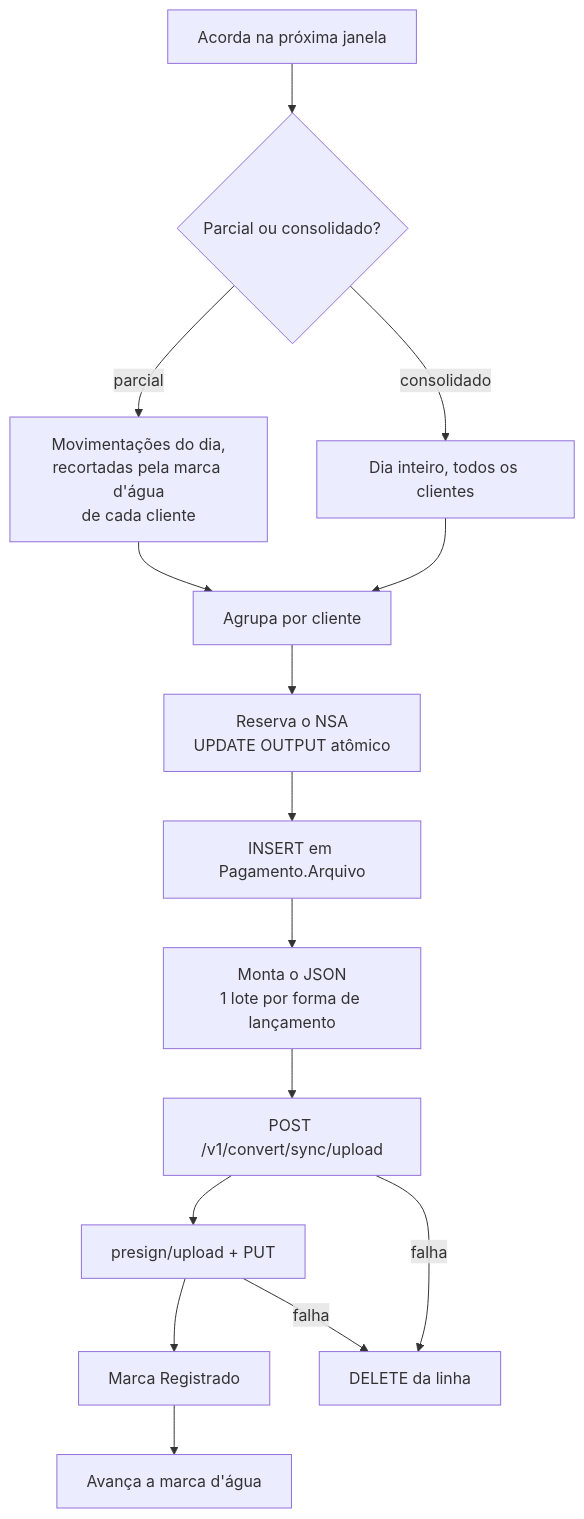
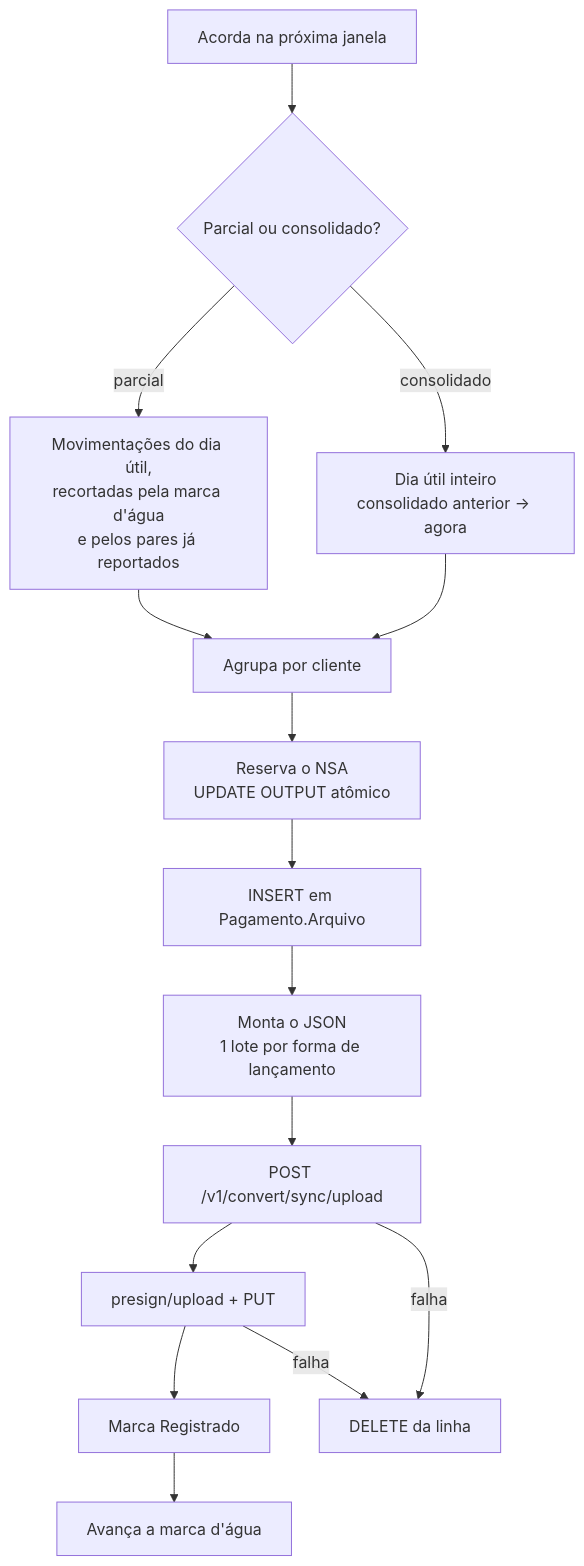
Before and after one commit to danielbfr3/arquivo-retorno-worker: the second of 2 diagrams in docs/regras-de-negocio.md, drawn with Mermaid. The commit also changed other lines of this file and 36 other files, not shown here.

````diff
--- a/docs/regras-de-negocio.md
+++ b/docs/regras-de-negocio.md
@@ -66,17 +70,17 @@
 ```mermaid
 flowchart TD
     A[Acorda na próxima janela] --> B{Parcial ou consolidado?}
-    B -- parcial --> C[Movimentações do dia,<br/>recortadas pela marca d'água<br/>de cada cliente]
-    B -- consolidado --> D[Dia inteiro, todos os clientes]
+    B -- parcial --> C[Movimentações do dia útil,<br/>recortadas pela marca d'água<br/>e pelos pares já reportados]
+    B -- consolidado --> D[Dia útil inteiro<br/>consolidado anterior → agora]
     C --> E[Agrupa por cliente]
     D --> E
     E --> F[Reserva o NSA<br/>UPDATE OUTPUT atômico]
     F --> G[INSERT em Pagamento.Arquivo]
     G --> H[Monta o JSON<br/>1 lote por forma de lançamento]
     H --> I[POST /v1/convert/sync/upload]
     I --> J[presign/upload + PUT]
     J --> K[Marca Registrado]
     K --> L[Avança a marca d'água]
     I -- falha --> M[DELETE da linha]
     J -- falha --> M
 ```
````
